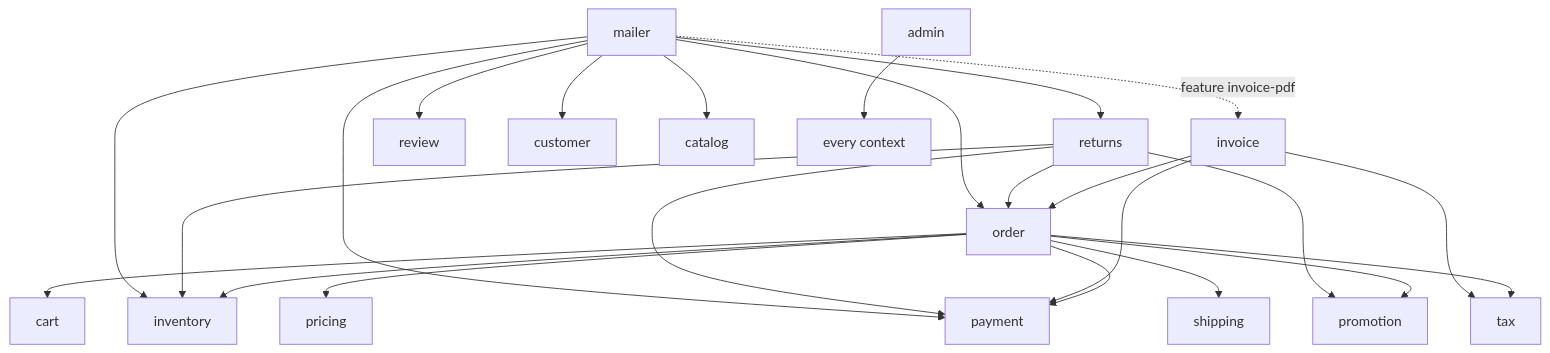
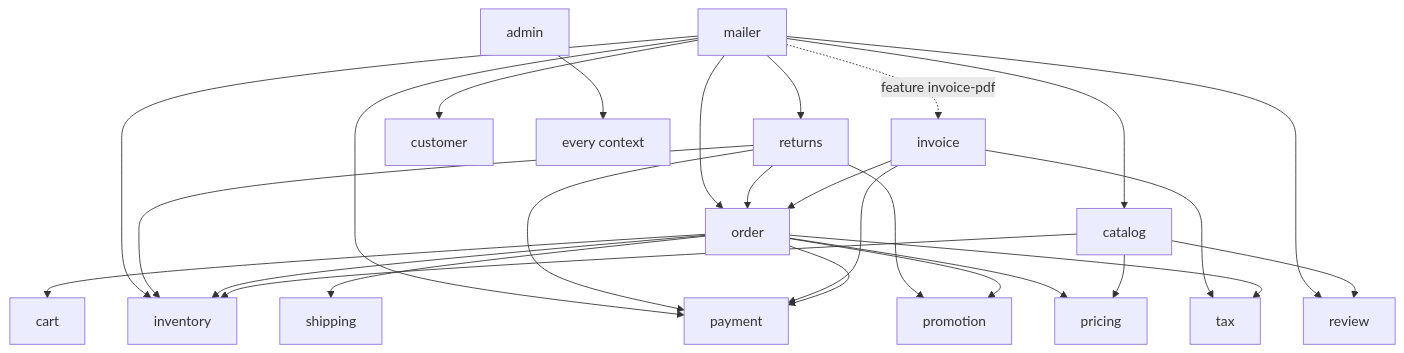
One commit to timayz/timada changed the first of 2 diagrams in docs/architecture.md. Above: the diagram before and after it, drawn with Mermaid. The commit also changed other lines of this file and 18 other files, not shown here.

````diff
--- a/docs/architecture.md
+++ b/docs/architecture.md
@@ -33,9 +33,10 @@
 ```mermaid
 graph TD
+    catalog --> pricing & inventory & review
     order --> cart & inventory & payment & pricing & promotion & shipping & tax
     invoice --> order & payment & tax
     returns --> order & payment & inventory & promotion
     mailer --> order & payment & inventory & returns & review & customer & catalog
     mailer -. feature invoice-pdf .-> invoice
     admin --> everything[every context]
 ```
````
